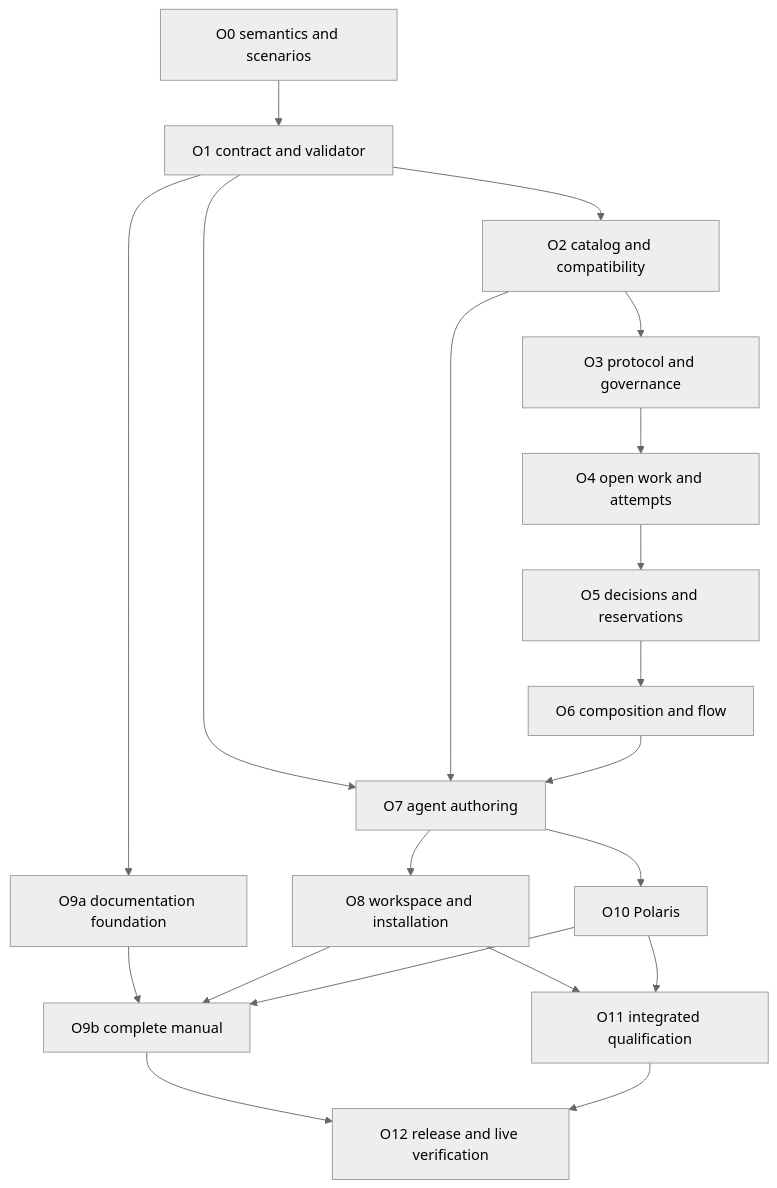
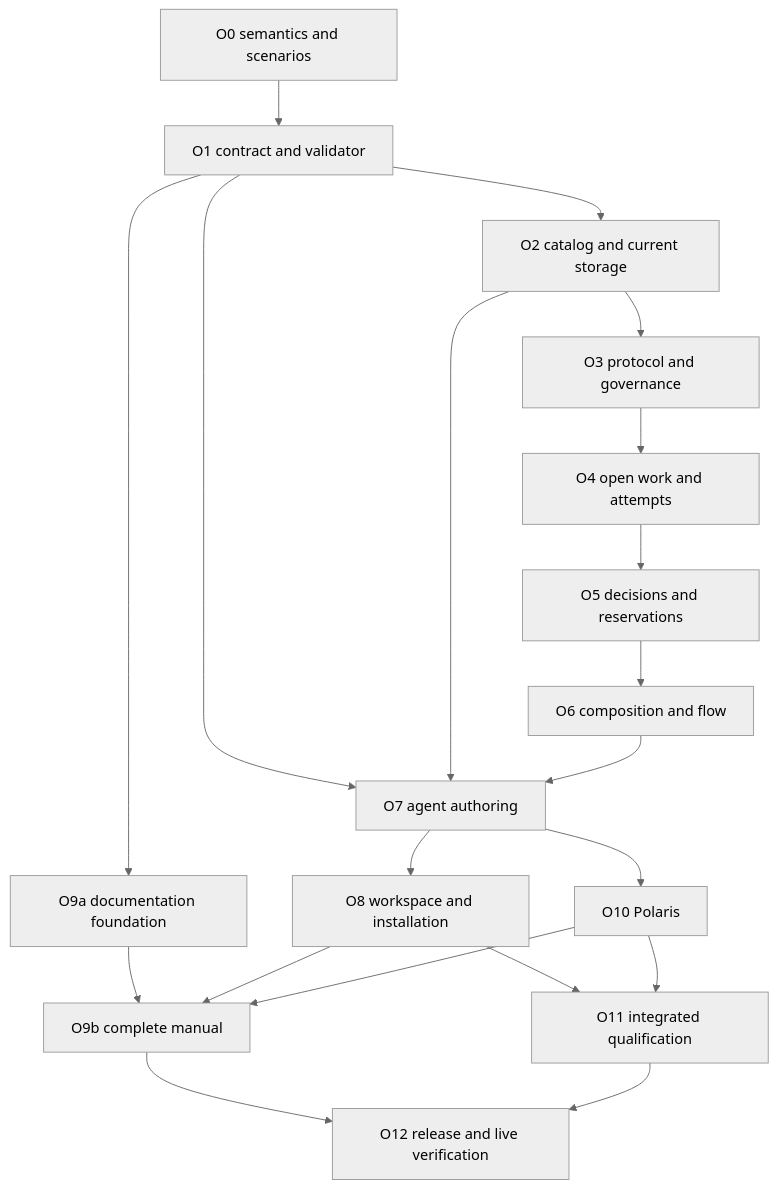
Before and after one commit to andsav/locust.farm: the diagram in docs/organization-blueprints-implementation-plan.md, drawn with Mermaid (neutral theme). The commit also changed other lines of this file and 8 other files, not shown here.

````diff
--- a/docs/organization-blueprints-implementation-plan.md
+++ b/docs/organization-blueprints-implementation-plan.md
@@ -282,22 +290,22 @@
 ```mermaid
 flowchart TD
     O0[O0 semantics and scenarios] --> O1[O1 contract and validator]
-    O1 --> O2[O2 catalog and compatibility]
+    O1 --> O2[O2 catalog and current storage]
     O2 --> O3[O3 protocol and governance]
     O3 --> O4[O4 open work and attempts]
     O4 --> O5[O5 decisions and reservations]
     O5 --> O6[O6 composition and flow]
     O1 --> O7[O7 agent authoring]
     O2 --> O7
     O6 --> O7
     O7 --> O8[O8 workspace and installation]
     O1 --> O9a[O9a documentation foundation]
     O9a --> O9b[O9b complete manual]
     O8 --> O9b
     O7 --> O10[O10 Polaris]
     O10 --> O9b
     O8 --> O11[O11 integrated qualification]
     O10 --> O11
     O9b --> O12[O12 release and live verification]
     O11 --> O12
 ```
````
